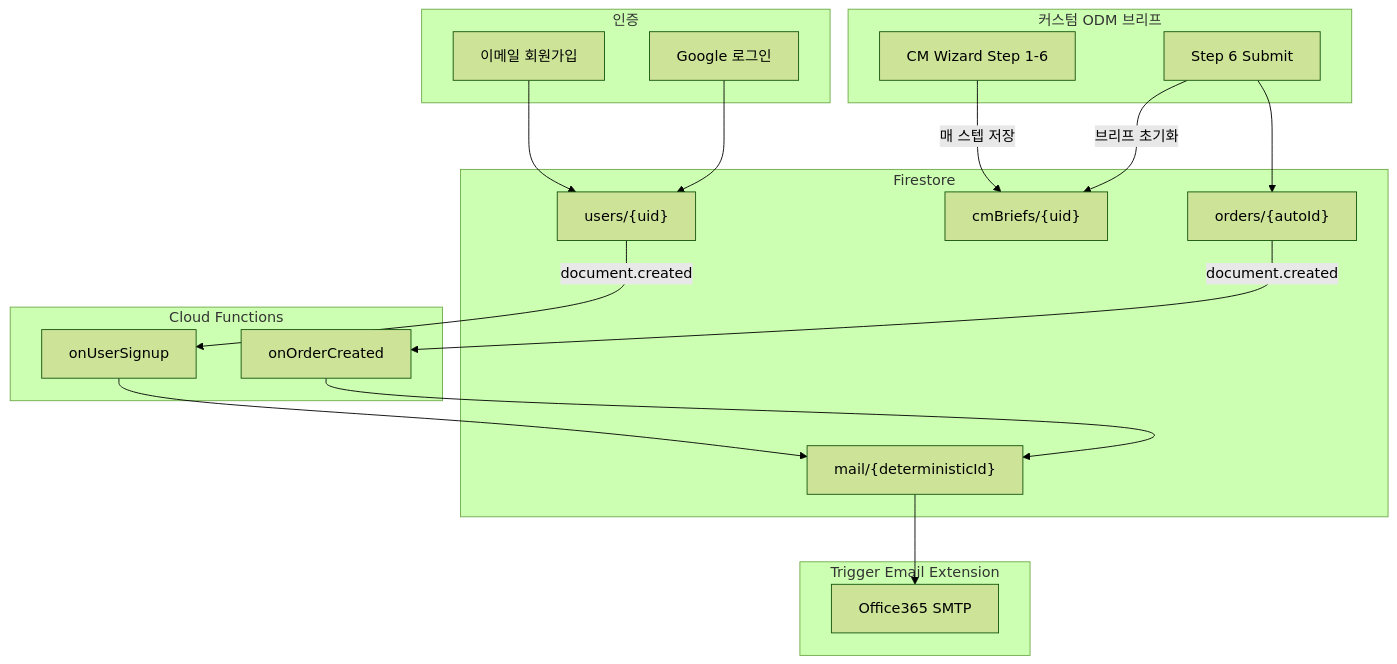
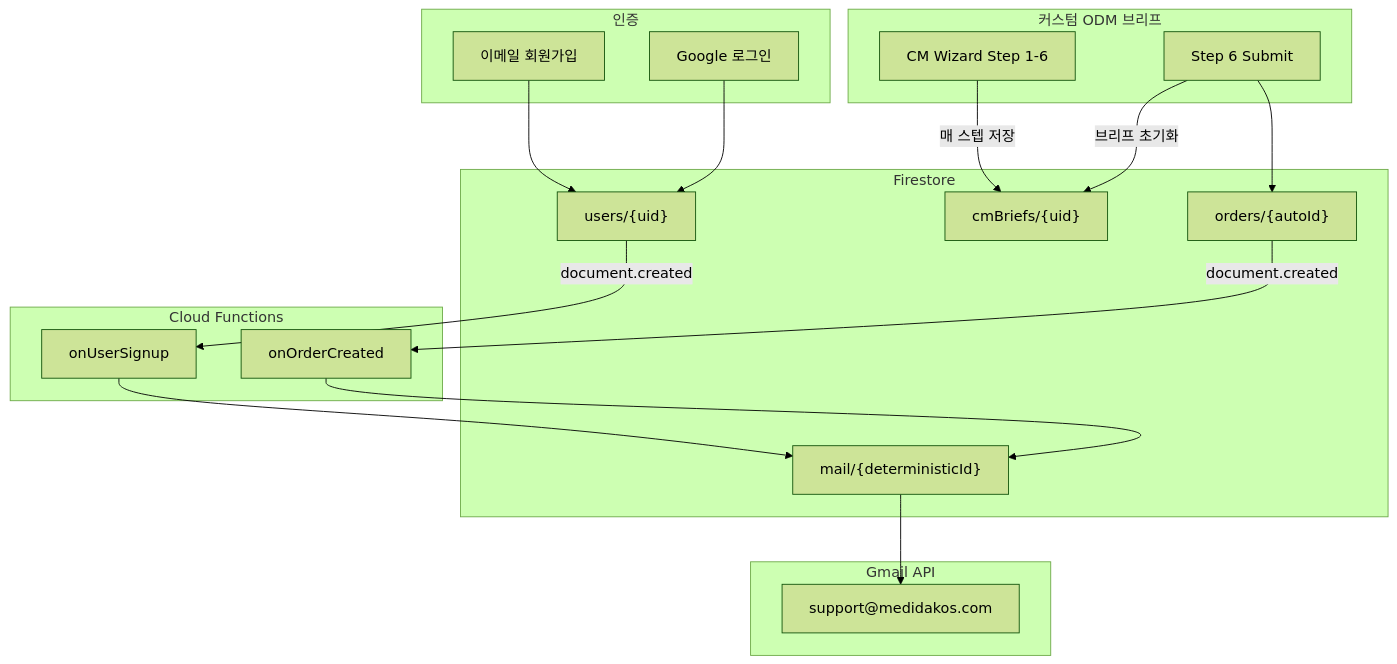
The diagram in docs/firebase-collections-and-mail.md (Jun-pepsi-limeflavor/medi-da-kos), drawn with Mermaid (forest theme) before and after one commit. The commit also changed other lines of this file and 8 other files, not shown here.

First line of the commit message:
fix(mail): send admin notifications through Gmail API

````diff
--- a/docs/firebase-collections-and-mail.md
+++ b/docs/firebase-collections-and-mail.md
@@ -7,39 +7,39 @@
 ```mermaid
 flowchart TB
   subgraph auth [인증]
     Register[이메일 회원가입]
     Google[Google 로그인]
   end
 
   subgraph briefFlow [커스텀 ODM 브리프]
     Wizard[CM Wizard Step 1-6]
     SubmitBrief[Step 6 Submit]
   end
 
   subgraph firestore [Firestore]
     Users["users/{uid}"]
     CmBriefs["cmBriefs/{uid}"]
     Orders["orders/{autoId}"]
     Mail["mail/{deterministicId}"]
   end
 
   subgraph functions [Cloud Functions]
     OnSignup[onUserSignup]
     OnOrder[onOrderCreated]
   end
 
-  subgraph extension [Trigger Email Extension]
-    SMTP[Office365 SMTP]
+  subgraph gmail [Gmail API]
+    Support["support@medidakos.com"]
   end
 
   Register --> Users
   Google --> Users
   Users -->|document.created| OnSignup --> Mail
 
   Wizard -->|매 스텝 저장| CmBriefs
   SubmitBrief --> Orders
   SubmitBrief -->|브리프 초기화| CmBriefs
 
   Orders -->|document.created| OnOrder --> Mail
-  Mail --> SMTP
+  Mail --> Support
 ```
````
